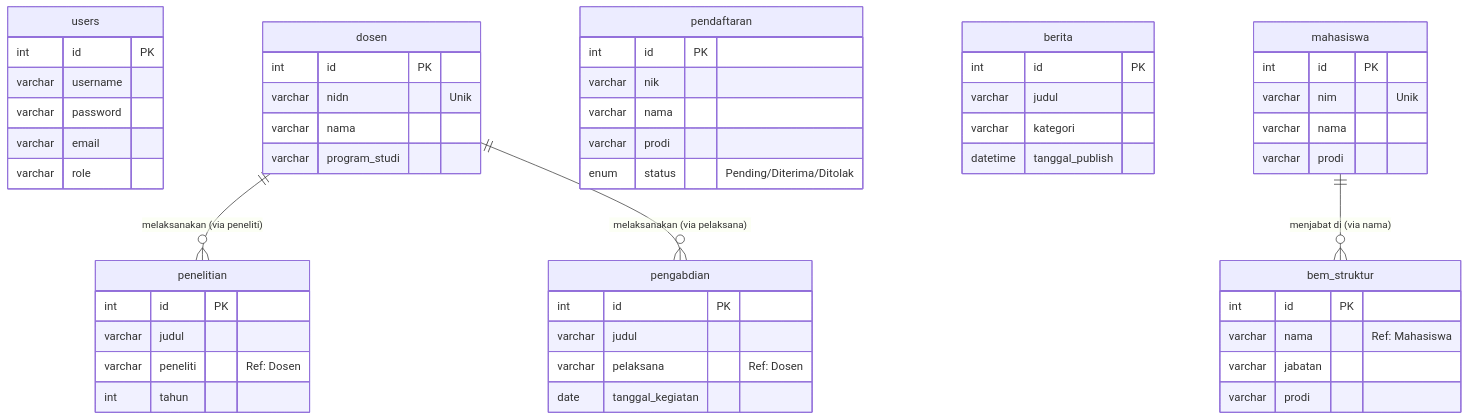
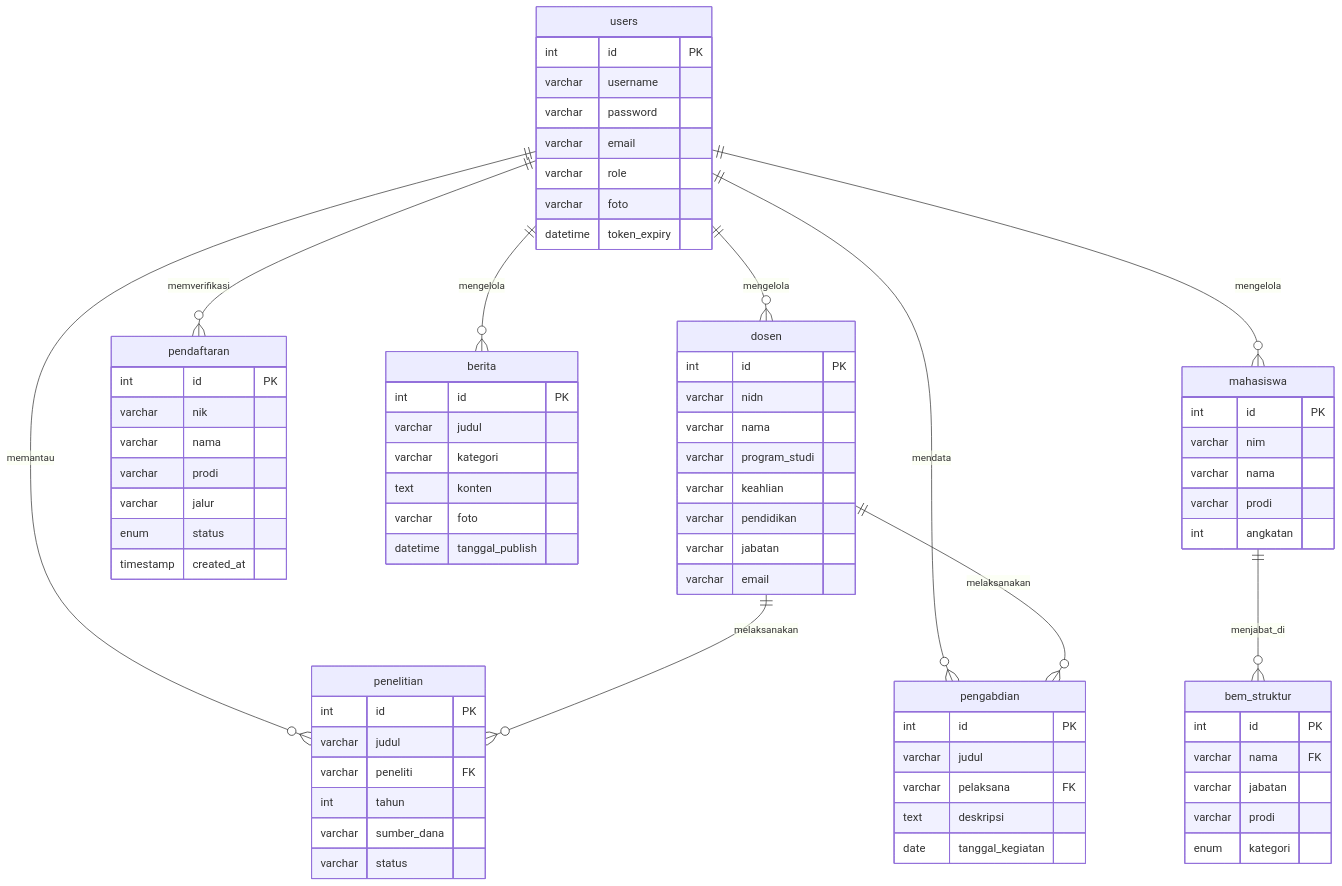
The diagram in docs/relasi_database.md (arbain-dev/Web_fikom), drawn with Mermaid before and after one commit. The commit also changed 1 other file, not shown here.

Commit message:
Update ERD to feature detailed schemas and central user management relation mapping

````diff
--- a/docs/relasi_database.md
+++ b/docs/relasi_database.md
@@ -14,26 +14,35 @@
         varchar password
         varchar email
         varchar role
+        varchar foto
+        datetime token_expiry
     }
 
     dosen {
         int id PK
-        varchar nidn "Unik"
+        varchar nidn
         varchar nama
         varchar program_studi
+        varchar keahlian
+        varchar pendidikan
+        varchar jabatan
+        varchar email
     }
 
     penelitian {
         int id PK
         varchar judul
-        varchar peneliti "Ref: Dosen"
+        varchar peneliti FK
         int tahun
+        varchar sumber_dana
+        varchar status
     }
 
     pengabdian {
         int id PK
         varchar judul
-        varchar pelaksana "Ref: Dosen"
+        varchar pelaksana FK
+        text deskripsi
         date tanggal_kegiatan
     }
 
@@ -42,33 +51,46 @@
         varchar nik
         varchar nama
         varchar prodi
-        enum status "Pending/Diterima/Ditolak"
+        varchar jalur
+        enum status
+        timestamp created_at
     }
 
     berita {
         int id PK
         varchar judul
         varchar kategori
+        text konten
+        varchar foto
         datetime tanggal_publish
     }
 
     mahasiswa {
         int id PK
-        varchar nim "Unik"
+        varchar nim
         varchar nama
         varchar prodi
+        int angkatan
     }
 
     bem_struktur {
         int id PK
-        varchar nama "Ref: Mahasiswa"
+        varchar nama FK
         varchar jabatan
         varchar prodi
+        enum kategori
     }
 
-    %% Relasi Logis Berdasarkan Kolom Data
-    dosen ||--o{ penelitian : "melaksanakan (via peneliti)"
-    dosen ||--o{ pengabdian : "melaksanakan (via pelaksana)"
+    %% Relasi Logis Berpusat Pada Admin Mensimulasikan Manajemen Sistem
+    users ||--o{ berita : "mengelola"
+    users ||--o{ dosen : "mengelola"
+    users ||--o{ mahasiswa : "mengelola"
+    users ||--o{ pendaftaran : "memverifikasi"
+    users ||--o{ penelitian : "memantau"
+    users ||--o{ pengabdian : "mendata"
+
+    dosen ||--o{ penelitian : "melaksanakan"
+    dosen ||--o{ pengabdian : "melaksanakan"
     
-    mahasiswa ||--o{ bem_struktur : "menjabat di (via nama)"
+    mahasiswa ||--o{ bem_struktur : "menjabat_di"
 ```
````
